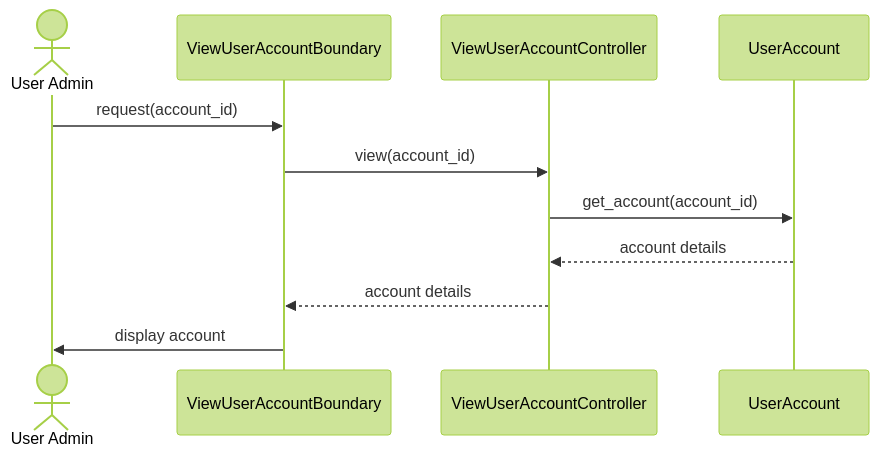
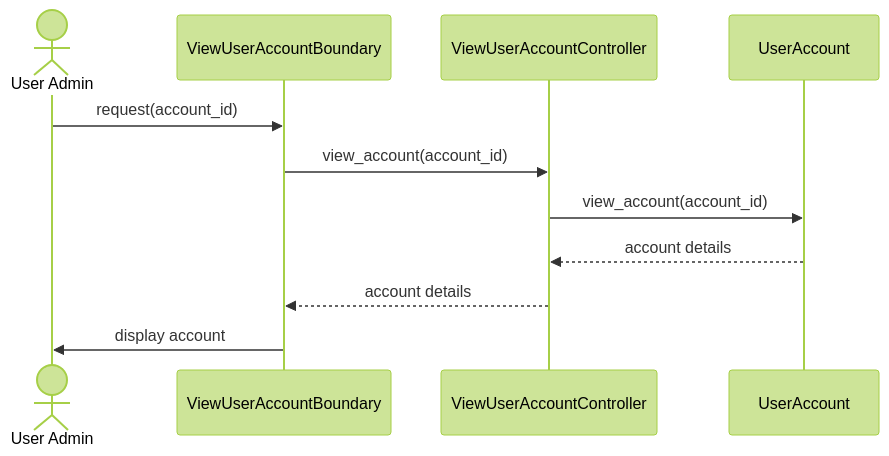
The second of 2 diagrams in diagrams/US07_View_User_Account/README.md (boyinapuddle/CSIT314-Chinese), drawn with Mermaid (forest theme) before and after one commit. The commit also changed other lines of this file and 140 other files, not shown here.

````diff
--- a/diagrams/US07_View_User_Account/README.md
+++ b/diagrams/US07_View_User_Account/README.md
@@ -20,13 +20,13 @@
 ```mermaid
 sequenceDiagram
     actor P0 as User Admin
     participant P1 as ViewUserAccountBoundary
     participant P2 as ViewUserAccountController
     participant P3 as UserAccount
     P0->>P1: request(account_id)
-    P1->>P2: view(account_id)
-    P2->>P3: get_account(account_id)
+    P1->>P2: view_account(account_id)
+    P2->>P3: view_account(account_id)
     P3-->>P2: account details
     P2-->>P1: account details
     P1->>P0: display account
 ```
````
